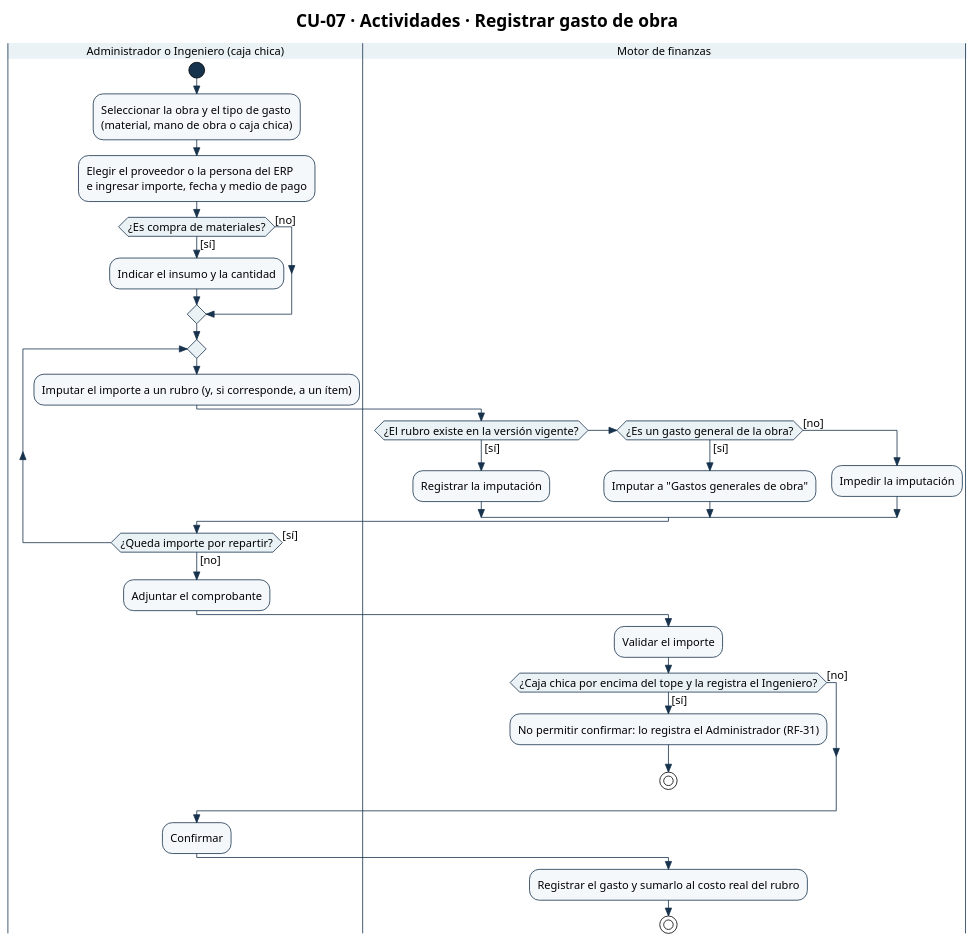
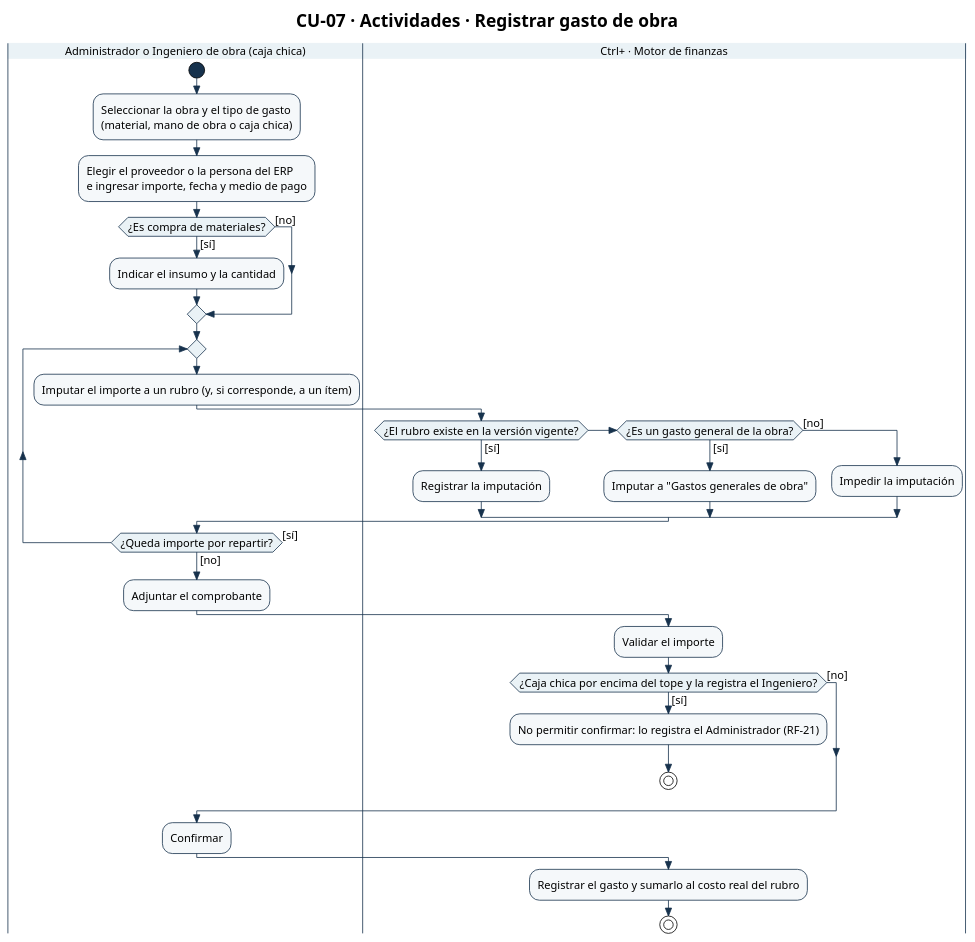
One commit to Ssrrb/tpf-uca changed the diagram in diagramas/CU-07-actividades.puml. Above: the diagram before and after it, drawn with PlantUML. The commit also changed 43 other files, not shown here.

```diff
--- a/diagramas/CU-07-actividades.puml
+++ b/diagramas/CU-07-actividades.puml
@@ -1,71 +1,71 @@
 @startuml
 !theme plain
 skinparam style strictuml
 skinparam shadowing false
 skinparam defaultFontName Arial
 skinparam defaultFontSize 14
 skinparam ArrowColor #17324D
 skinparam activity {
   StartColor #17324D
   EndColor #17324D
   BarColor #17324D
   BackgroundColor #F5F8FA
   BorderColor #17324D
   DiamondBackgroundColor #EAF2F6
   DiamondBorderColor #17324D
 }
 skinparam swimlane {
   BorderColor #17324D
   TitleBackgroundColor #EAF2F6
 }
 skinparam state {
   StartColor #17324D
   EndColor #17324D
   BackgroundColor #F5F8FA
   BorderColor #17324D
 }
 skinparam package {
   BackgroundColor #EAF2F6
   BorderColor #17324D
 }
 skinparam note {
   BackgroundColor #FFFFFF
   BorderColor #17324D
 }
 title CU-07 · Actividades · Registrar gasto de obra
-|Administrador o Ingeniero (caja chica)|
+|Administrador o Ingeniero de obra (caja chica)|
 start
 :Seleccionar la obra y el tipo de gasto
 (material, mano de obra o caja chica);
 :Elegir el proveedor o la persona del ERP
 e ingresar importe, fecha y medio de pago;
 if (¿Es compra de materiales?) then ([sí])
   :Indicar el insumo y la cantidad;
 else ([no])
 endif
 repeat
   :Imputar el importe a un rubro (y, si corresponde, a un ítem);
-  |Motor de finanzas|
+  |Ctrl+ · Motor de finanzas|
   if (¿El rubro existe en la versión vigente?) then ([sí])
     :Registrar la imputación;
   elseif (¿Es un gasto general de la obra?) then ([sí])
     :Imputar a "Gastos generales de obra";
   else ([no])
     :Impedir la imputación;
   endif
-  |Administrador o Ingeniero (caja chica)|
+  |Administrador o Ingeniero de obra (caja chica)|
 repeat while (¿Queda importe por repartir?) is ([sí]) not ([no])
 :Adjuntar el comprobante;
-|Motor de finanzas|
+|Ctrl+ · Motor de finanzas|
 :Validar el importe;
 if (¿Caja chica por encima del tope y la registra el Ingeniero?) then ([sí])
-  :No permitir confirmar: lo registra el Administrador (RF-31);
+  :No permitir confirmar: lo registra el Administrador (RF-21);
   stop
 else ([no])
 endif
-|Administrador o Ingeniero (caja chica)|
+|Administrador o Ingeniero de obra (caja chica)|
 :Confirmar;
-|Motor de finanzas|
+|Ctrl+ · Motor de finanzas|
 :Registrar el gasto y sumarlo al costo real del rubro;
 stop
 @enduml
```
